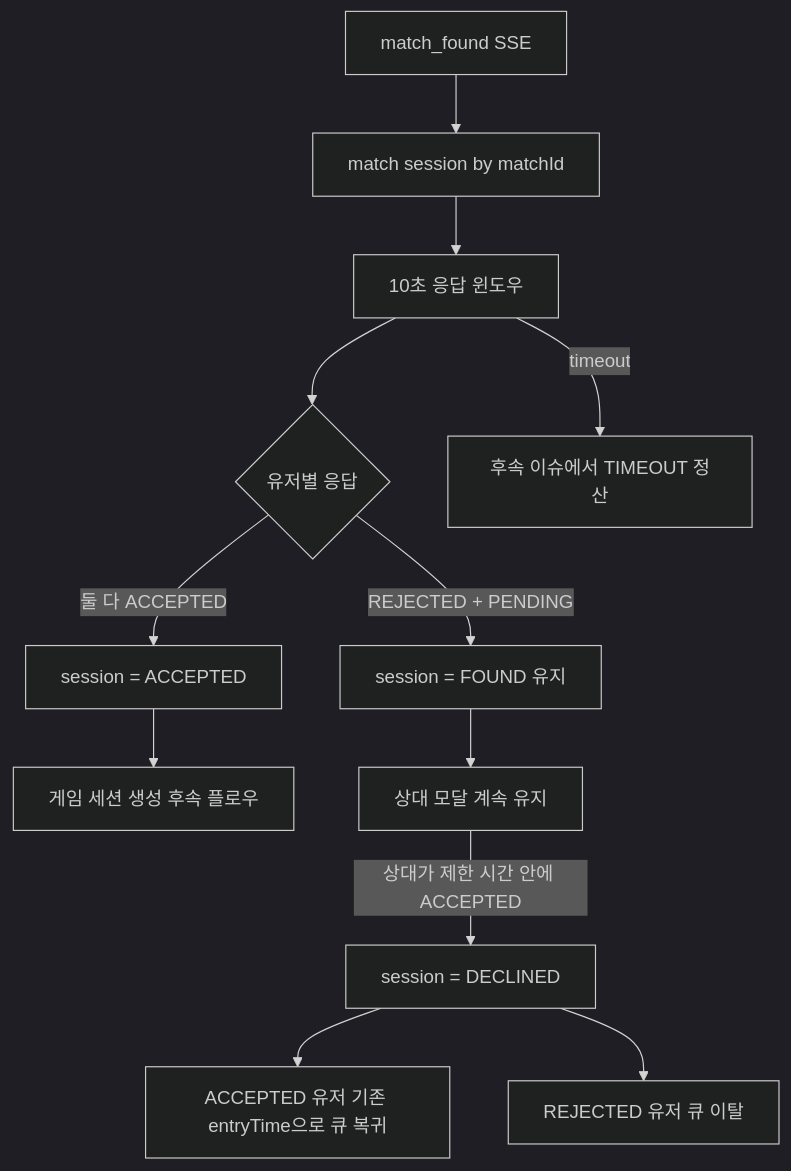
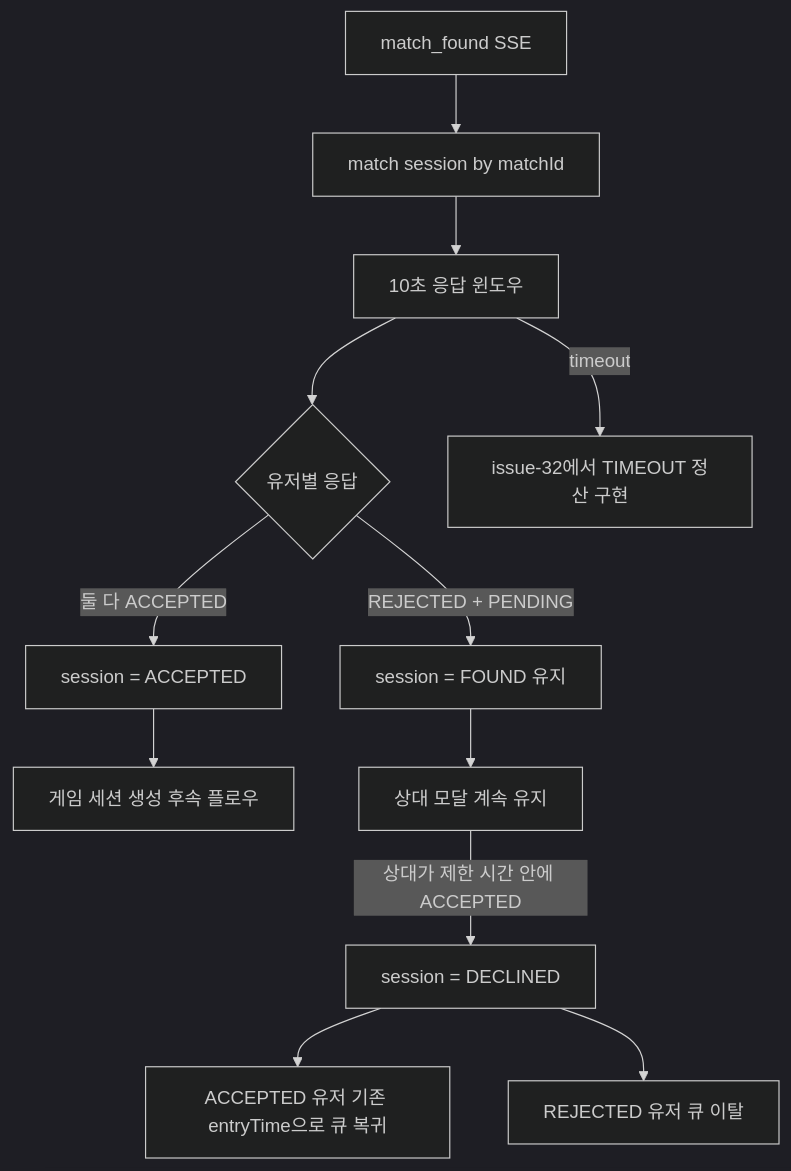
One commit to moonwhistle/League-of-Star changed the first of 3 diagrams in docs/antigravity/backend/issue-30-match-accept-reject-api.md. Above: the diagram before and after it, drawn with Mermaid (dark theme). The commit also changed other lines of this file and 3 other files, not shown here.

````diff
--- a/docs/antigravity/backend/issue-30-match-accept-reject-api.md
+++ b/docs/antigravity/backend/issue-30-match-accept-reject-api.md
@@ -1312,14 +1311,14 @@
 ```mermaid
 flowchart TD
     A["match_found SSE"] --> B["match session by matchId"]
     B --> C["10초 응답 윈도우"]
     C --> D{"유저별 응답"}
     D -->|"둘 다 ACCEPTED"| E["session = ACCEPTED"]
     E --> E1["게임 세션 생성 후속 플로우"]
     D -->|"REJECTED + PENDING"| F["session = FOUND 유지"]
     F --> F1["상대 모달 계속 유지"]
     F1 -->|"상대가 제한 시간 안에 ACCEPTED"| G["session = DECLINED"]
     G --> G1["ACCEPTED 유저 기존 entryTime으로 큐 복귀"]
     G --> G2["REJECTED 유저 큐 이탈"]
-    C -->|"timeout"| H["후속 이슈에서 TIMEOUT 정산"]
+    C -->|"timeout"| H["issue-32에서 TIMEOUT 정산 구현"]
 ```
````
